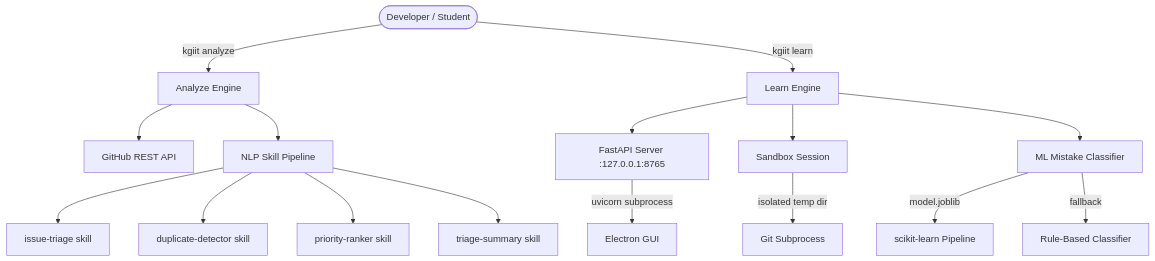
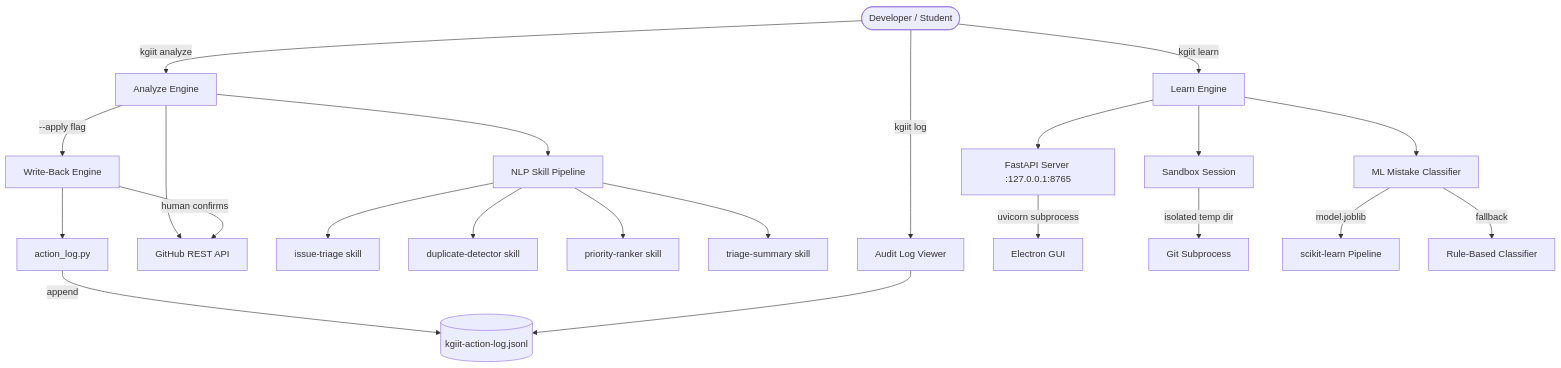
The first of 5 diagrams in ARCHITECTURE.md (ShauryaVaid/kgiit), drawn with Mermaid before and after one commit. The commit also changed other lines of this file and 4 other files, not shown here.

````diff
--- a/ARCHITECTURE.md
+++ b/ARCHITECTURE.md
@@ -14,21 +14,28 @@
 ```mermaid
 graph TD
     A([Developer / Student]) -->|kgiit analyze| B[Analyze Engine]
     A -->|kgiit learn| C[Learn Engine]
+    A -->|kgiit log| W[Audit Log Viewer]
 
     B --> D[GitHub REST API]
     B --> E[NLP Skill Pipeline]
     E --> E1[issue-triage skill]
     E --> E2[duplicate-detector skill]
     E --> E3[priority-ranker skill]
     E --> E4[triage-summary skill]
+
+    B -->|--apply flag| WB[Write-Back Engine]
+    WB -->|human confirms| D
+    WB --> AL[action_log.py]
+    AL -->|append| JSONL[(kgiit-action-log.jsonl)]
+    W --> JSONL
 
     C --> F[FastAPI Server :127.0.0.1:8765]
     C --> G[Sandbox Session]
     C --> H[ML Mistake Classifier]
 
     F -->|uvicorn subprocess| I[Electron GUI]
     G -->|isolated temp dir| J[Git Subprocess]
     H -->|model.joblib| K[scikit-learn Pipeline]
     H -->|fallback| L[Rule-Based Classifier]
 ```
````
